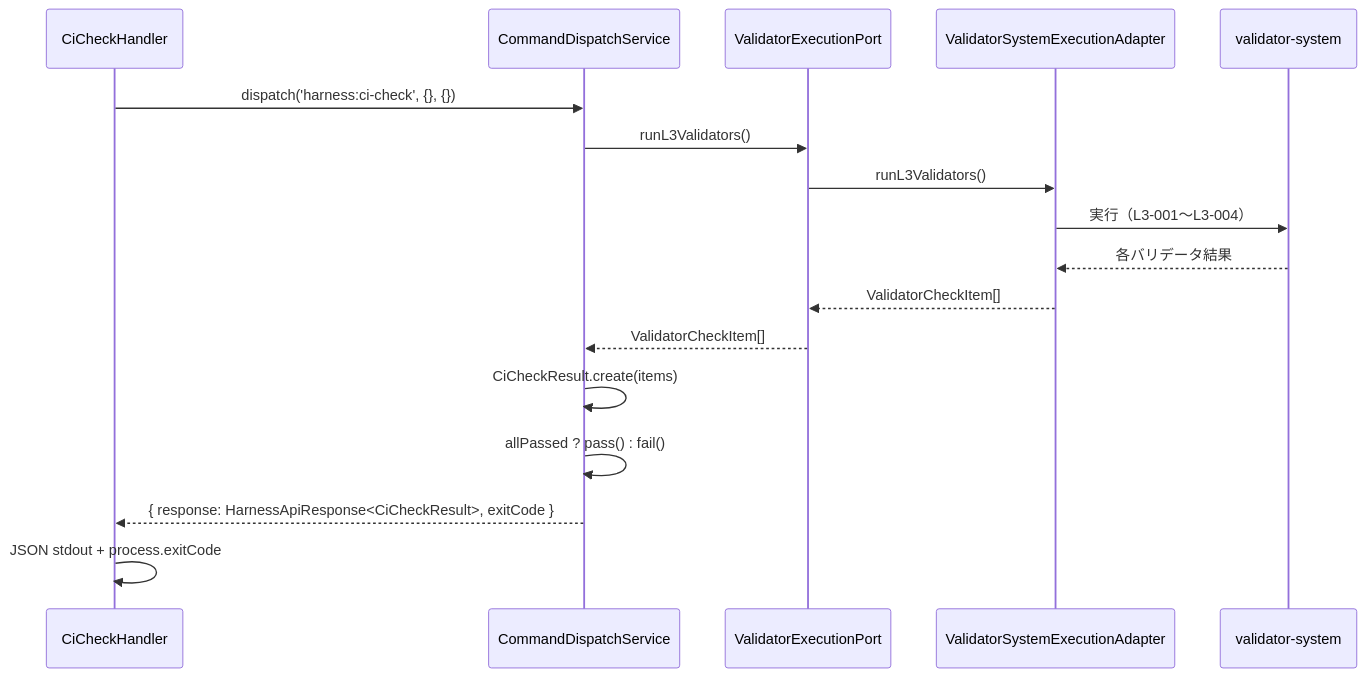
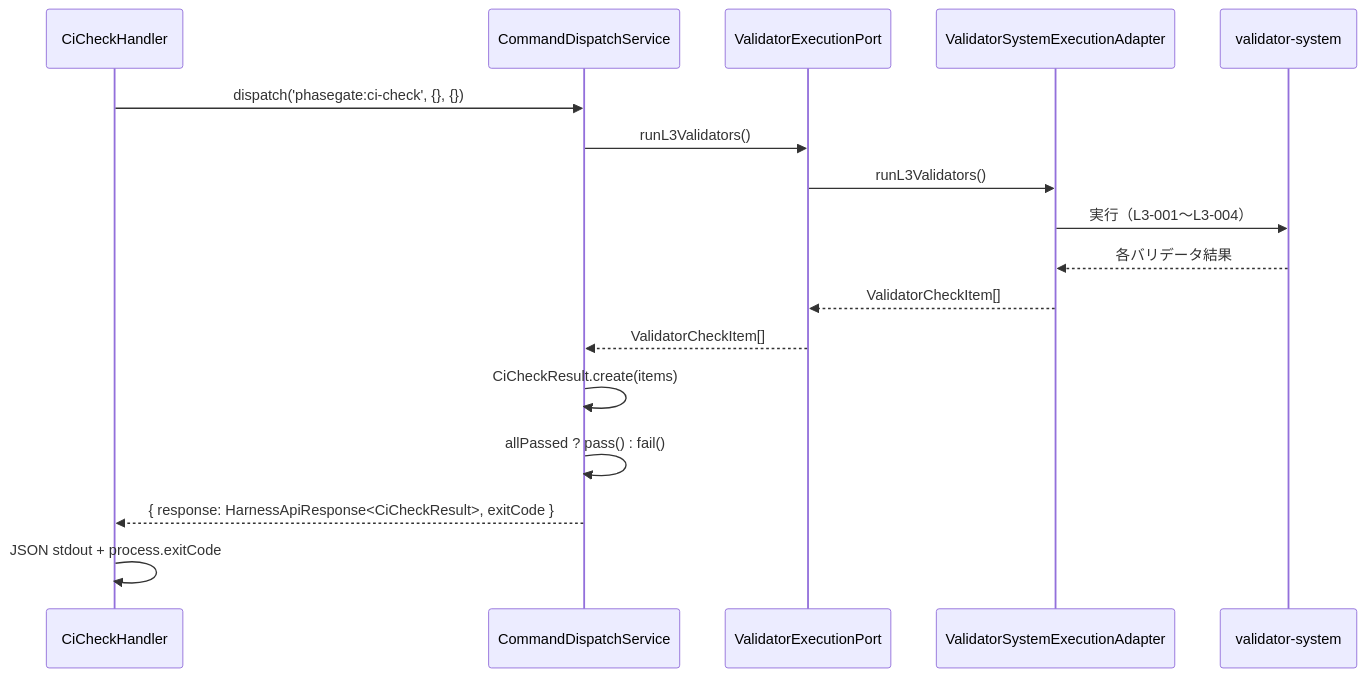
Before and after one commit to junpei-9898/phasegate: the fifth of 10 diagrams in docs/product/construction/harness-api/logical_design.md, drawn with Mermaid. The commit also changed other lines of this file and 181 other files, not shown here.

First line of the commit message:
feat: v0.16.0 — CLI コマンド名を harness から phasegate にリネーム

````diff
--- a/docs/product/construction/harness-api/logical_design.md
+++ b/docs/product/construction/harness-api/logical_design.md
@@ -1433,20 +1433,20 @@
 ```mermaid
 sequenceDiagram
     participant Handler as CiCheckHandler
     participant DispatchSvc as CommandDispatchService
     participant Port as ValidatorExecutionPort
     participant Adapter as ValidatorSystemExecutionAdapter
     participant ValidatorSys as validator-system
 
-    Handler->>DispatchSvc: dispatch('harness:ci-check', {}, {})
+    Handler->>DispatchSvc: dispatch('phasegate:ci-check', {}, {})
     DispatchSvc->>Port: runL3Validators()
     Port->>Adapter: runL3Validators()
     Adapter->>ValidatorSys: 実行（L3-001〜L3-004）
     ValidatorSys-->>Adapter: 各バリデータ結果
     Adapter-->>Port: ValidatorCheckItem[]
     Port-->>DispatchSvc: ValidatorCheckItem[]
     DispatchSvc->>DispatchSvc: CiCheckResult.create(items)
     DispatchSvc->>DispatchSvc: allPassed ? pass() : fail()
     DispatchSvc-->>Handler: { response: HarnessApiResponse<CiCheckResult>, exitCode }
     Handler->>Handler: JSON stdout + process.exitCode
 ```
````
